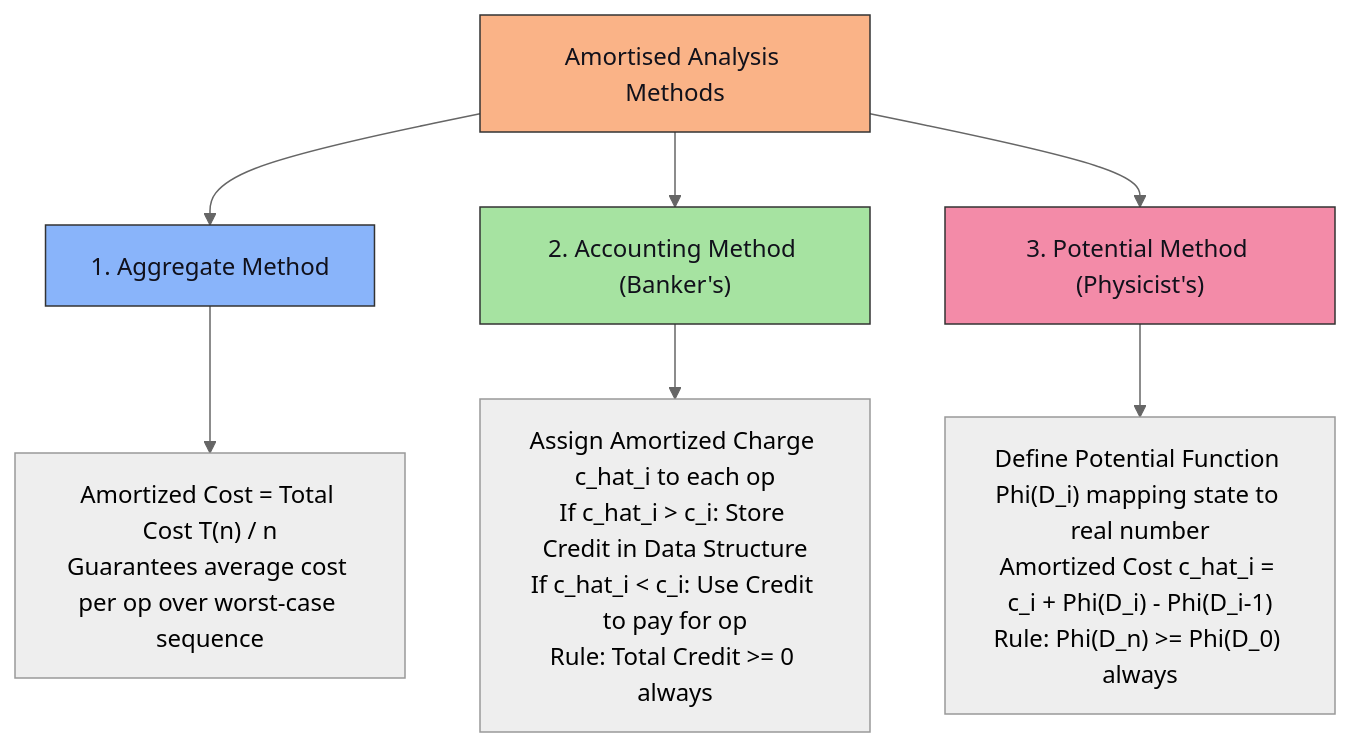
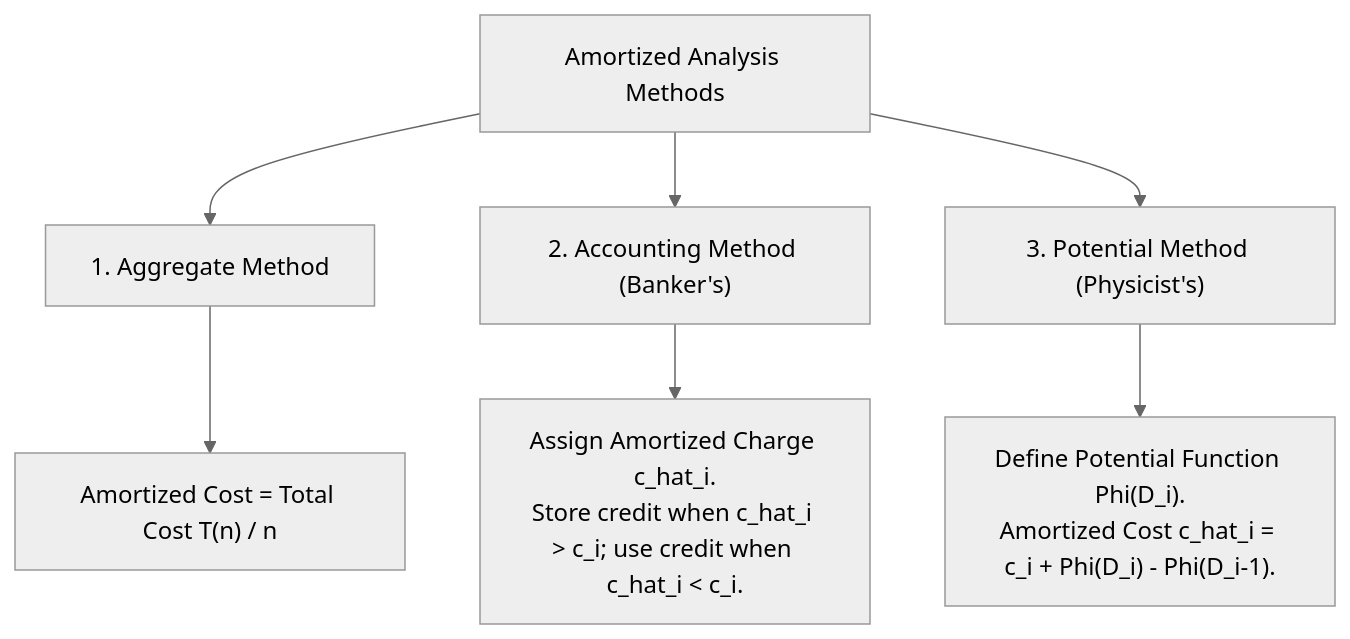
One commit to DeepLumiere/DeepSkills changed the seventh of 15 diagrams in notes/design_and_analysis_of_algorithms/Unit_04_Advanced_Data_Structures.md. Above: the diagram before and after it, drawn with Mermaid (neutral theme). The commit also changed other lines of this file and 3 other files, not shown here.

Commit message:
docs: enhance DAA notes and fix Computer Networks Ch 4 formatting & figure layouts

````diff
--- a/notes/design_and_analysis_of_algorithms/Unit_04_Advanced_Data_Structures.md
+++ b/notes/design_and_analysis_of_algorithms/Unit_04_Advanced_Data_Structures.md
@@ -539,15 +294,10 @@
 ```mermaid
 flowchart TD
-    A["Amortised Analysis Methods"] --> B["1. Aggregate Method"]
+    A["Amortized Analysis Methods"] --> B["1. Aggregate Method"]
     A --> C["2. Accounting Method (Banker's)"]
     A --> D["3. Potential Method (Physicist's)"]
 
-    B --> B1["Amortized Cost = Total Cost T(n) / n<br>Guarantees average cost per op over worst-case sequence"]
-    C --> C1["Assign Amortized Charge c_hat_i to each op<br>If c_hat_i > c_i: Store Credit in Data Structure<br>If c_hat_i < c_i: Use Credit to pay for op<br>Rule: Total Credit >= 0 always"]
-    D --> D1["Define Potential Function Phi(D_i) mapping state to real number<br>Amortized Cost c_hat_i = c_i + Phi(D_i) - Phi(D_i-1)<br>Rule: Phi(D_n) >= Phi(D_0) always"]
-
-    style A fill:#fab387,stroke:#333,color:#11111b
-    style B fill:#89b4fa,stroke:#333,color:#11111b
-    style C fill:#a6e3a1,stroke:#333,color:#11111b
-    style D fill:#f38ba8,stroke:#333,color:#11111b
+    B --> B1["Amortized Cost = Total Cost T(n) / n"]
+    C --> C1["Assign Amortized Charge c_hat_i.<br>Store credit when c_hat_i > c_i; use credit when c_hat_i < c_i."]
+    D --> D1["Define Potential Function Phi(D_i).<br>Amortized Cost c_hat_i = c_i + Phi(D_i) - Phi(D_i-1)."]
 ```
````
